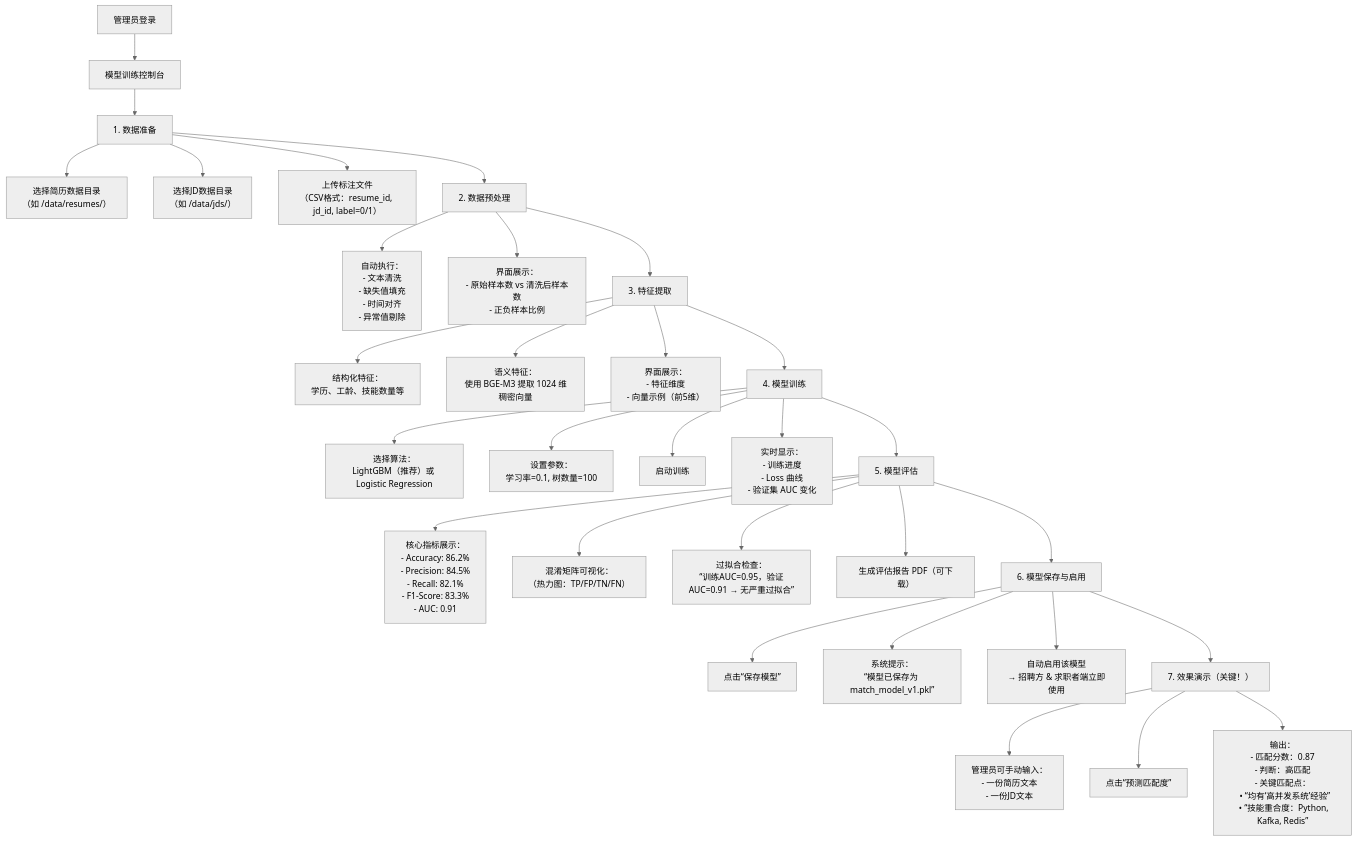
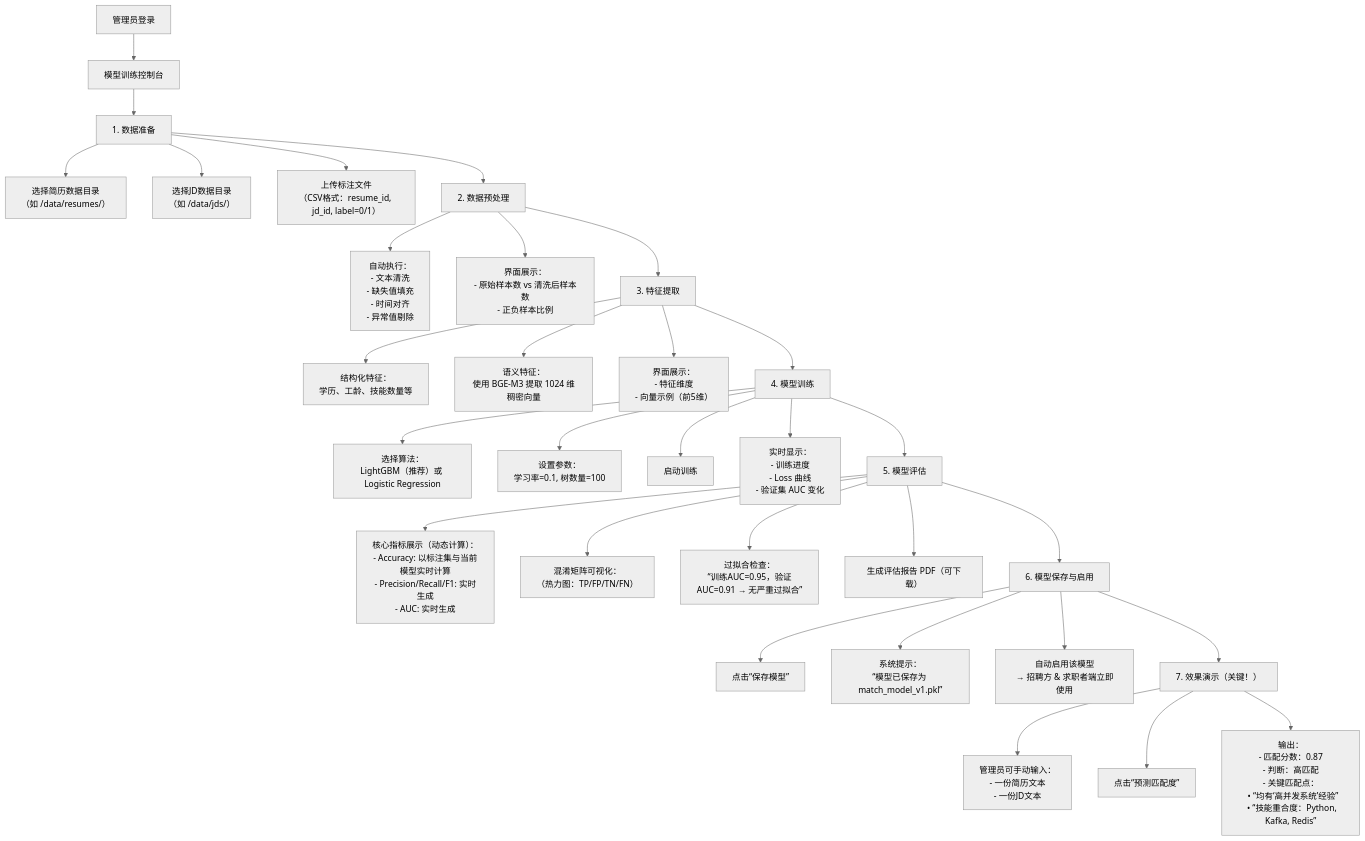
One commit to xyrlix/resume_screening_system changed the diagram in docs/管理员流程设计.md. Above: the diagram before and after it, drawn with Mermaid (neutral theme). The commit also changed 4 other files, not shown here.

````diff
--- a/docs/管理员流程设计.md
+++ b/docs/管理员流程设计.md
@@ -3,40 +3,40 @@
 ```mermaid
 graph TD
 A[管理员登录] --> B[模型训练控制台]
 
 B --> B1[1. 数据准备]
 B1 --> B1a[选择简历数据目录<br/>（如 /data/resumes/）]
 B1 --> B1b[选择JD数据目录<br/>（如 /data/jds/）]
 B1 --> B1c[上传标注文件<br/>（CSV格式：resume_id, jd_id, label=0/1）]
 
 B1 --> B2[2. 数据预处理]
 B2 --> B2a[自动执行：<br/>- 文本清洗<br/>- 缺失值填充<br/>- 时间对齐<br/>- 异常值剔除]
 B2 --> B2b[界面展示：<br/>- 原始样本数 vs 清洗后样本数<br/>- 正负样本比例]
 
 B2 --> B3[3. 特征提取]
 B3 --> B3a[结构化特征：<br/>学历、工龄、技能数量等]
 B3 --> B3b[语义特征：<br/>使用 BGE-M3 提取 1024 维稠密向量]
 B3 --> B3c[界面展示：<br/>- 特征维度<br/>- 向量示例（前5维）]
 
 B3 --> B4[4. 模型训练]
 B4 --> B4a[选择算法：<br/>LightGBM（推荐）或 Logistic Regression]
 B4 --> B4b[设置参数：<br/>学习率=0.1, 树数量=100]
 B4 --> B4c[启动训练]
 B4 --> B4d[实时显示：<br/>- 训练进度<br/>- Loss 曲线<br/>- 验证集 AUC 变化]
 
 B4 --> B5[5. 模型评估]
-B5 --> B5a[核心指标展示：<br/>- Accuracy: 86.2%<br/>- Precision: 84.5%<br/>- Recall: 82.1%<br/>- F1-Score: 83.3%<br/>- AUC: 0.91]
+B5 --> B5a[核心指标展示（动态计算）：<br/>- Accuracy: 以标注集与当前模型实时计算<br/>- Precision/Recall/F1: 实时生成<br/>- AUC: 实时生成]
 B5 --> B5b[混淆矩阵可视化：<br/>（热力图：TP/FP/TN/FN）]
 B5 --> B5c[过拟合检查：<br/>“训练AUC=0.95，验证AUC=0.91 → 无严重过拟合”]
 B5 --> B5d[生成评估报告 PDF（可下载）]
 
 B5 --> B6[6. 模型保存与启用]
 B6 --> B6a[点击“保存模型”]
 B6 --> B6b[系统提示：<br/>“模型已保存为 match_model_v1.pkl”]
 B6 --> B6c[自动启用该模型<br/>→ 招聘方 & 求职者端立即使用]
 
 B6 --> B7[7. 效果演示（关键！）]
 B7 --> B7a[管理员可手动输入：<br/>- 一份简历文本<br/>- 一份JD文本]
 B7 --> B7b[点击“预测匹配度”]
 B7 --> B7c[输出：<br/>- 匹配分数：0.87<br/>- 判断：高匹配<br/>- 关键匹配点：<br/>  • “均有‘高并发系统’经验”<br/>  • “技能重合度：Python, Kafka, Redis”]
 ```
````
